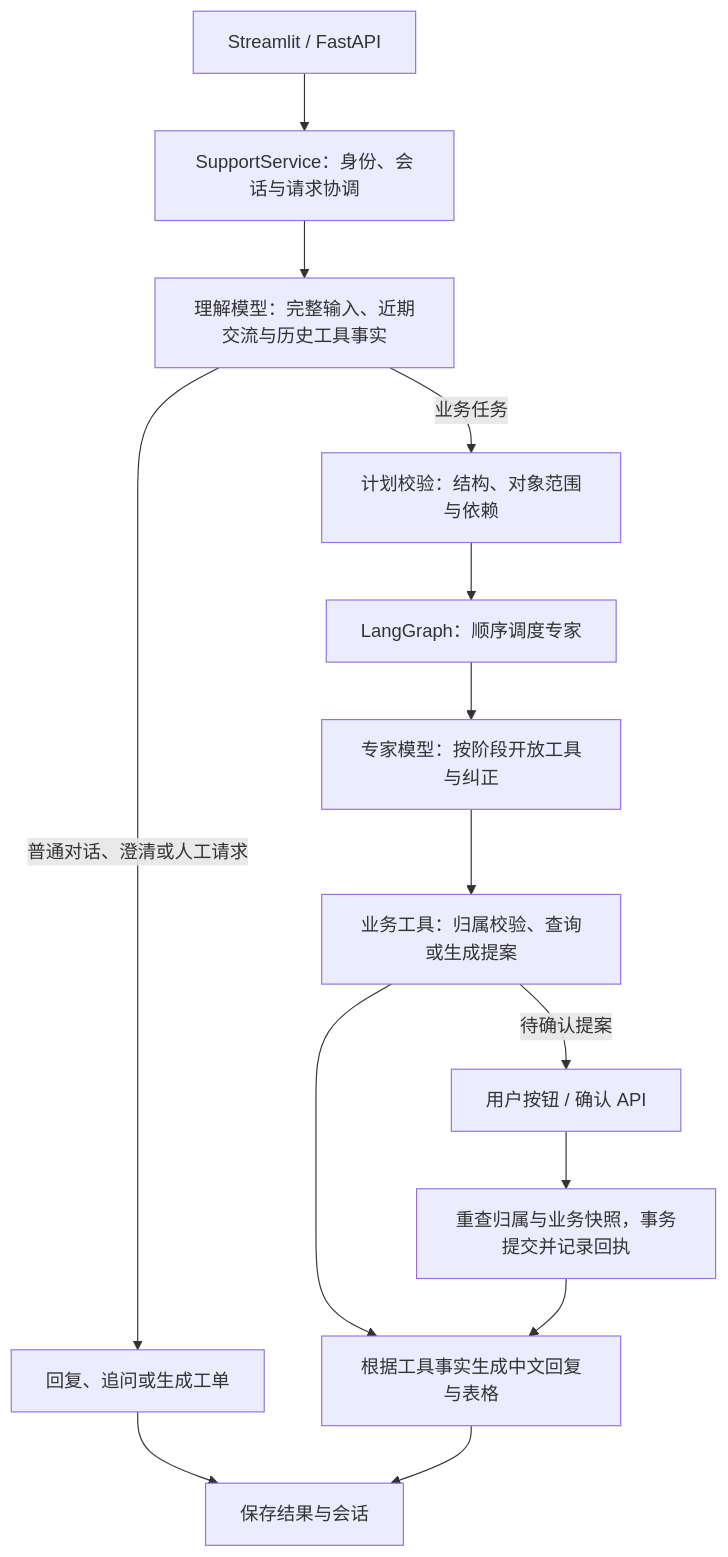
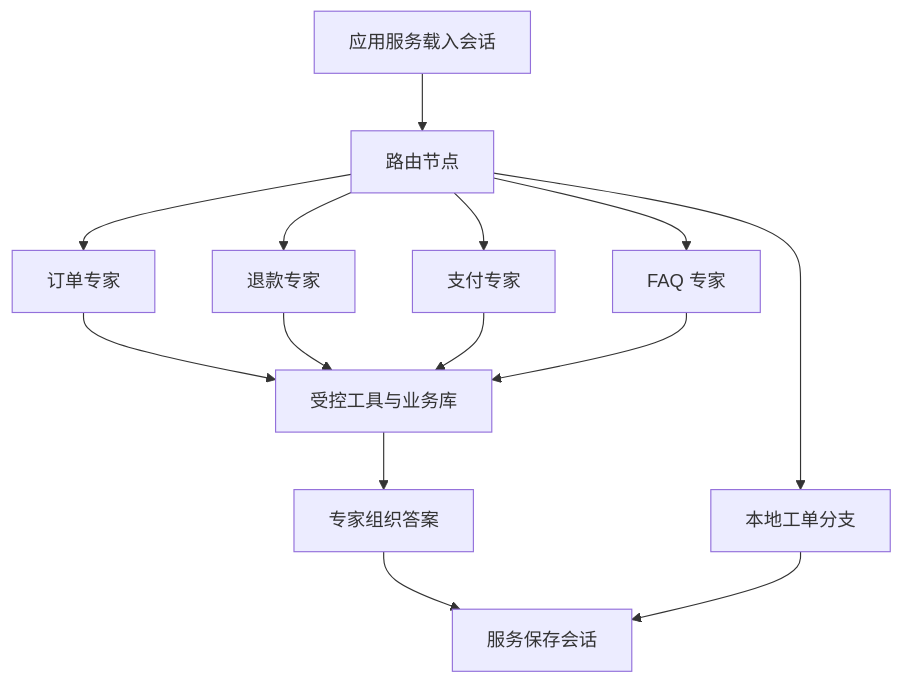
The diagram in README.md (SumanaWu/ecommerce-support-agent), drawn with Mermaid before and after one commit. The commit also changed other lines of this file and 115 other files, not shown here.

````diff
--- a/README.md
+++ b/README.md
@@ -84,16 +282,16 @@
 ```mermaid
 flowchart TD
-    A[Streamlit / FastAPI] --> B[SupportService：身份、会话与请求协调]
-    B --> C[理解模型：完整输入、近期交流与历史工具事实]
-    C -->|业务任务| D[计划校验：结构、对象范围与依赖]
-    D --> E[LangGraph：顺序调度专家]
-    E --> F[专家模型：按阶段开放工具与纠正]
-    F --> G[业务工具：归属校验、查询或生成提案]
-    C -->|普通对话、澄清或人工请求| H[回复、追问或生成工单]
-    G --> I[根据工具事实生成中文回复与表格]
-    H --> J[保存结果与会话]
-    I --> J
-    G -->|待确认提案| K[用户按钮 / 确认 API]
-    K --> L[重查归属与业务快照，事务提交并记录回执]
-    L --> I
+    S[应用服务载入会话] --> R[路由节点]
+    R --> O[订单专家]
+    R --> F[退款专家]
+    R --> P[支付专家]
+    R --> Q[FAQ 专家]
+    R --> E[本地工单分支]
+    O --> T[受控工具与业务库]
+    F --> T
+    P --> T
+    Q --> T
+    T --> A[专家组织答案]
+    A --> M[服务保存会话]
+    E --> M
 ```
````
